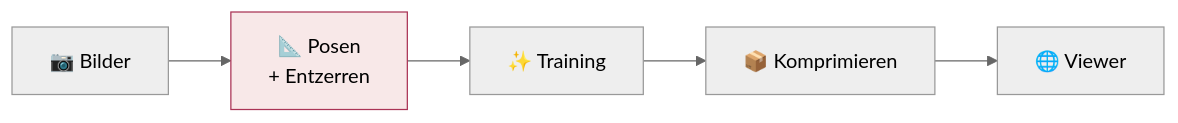
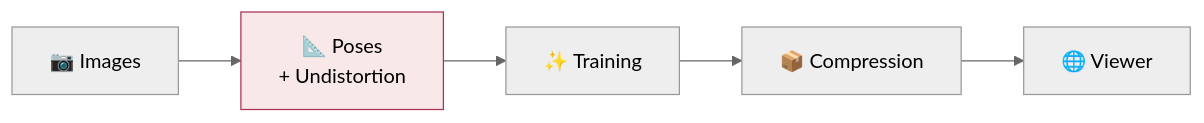
The third of 3 diagrams in ANWENDUNGSVISION.md (NiklasWork/jetbot-3d-modeling), drawn with Mermaid (neutral theme) before and after one commit. The commit also changed other lines of this file and 24 other files, not shown here.

````diff
--- a/ANWENDUNGSVISION.md
+++ b/ANWENDUNGSVISION.md
@@ -121,8 +121,8 @@
 ```mermaid
 graph LR
-    A["📷 Bilder"] --> B["📐 Posen<br/>+ Entzerren"]
+    A["📷 Images"] --> B["📐 Poses<br/>+ Undistortion"]
     B --> C["✨ Training"]
-    C --> D["📦 Komprimieren"]
+    C --> D["📦 Compression"]
     D --> E["🌐 Viewer"]
     style B fill:#f8e8e8,stroke:#a35,color:#000
 ```
````
